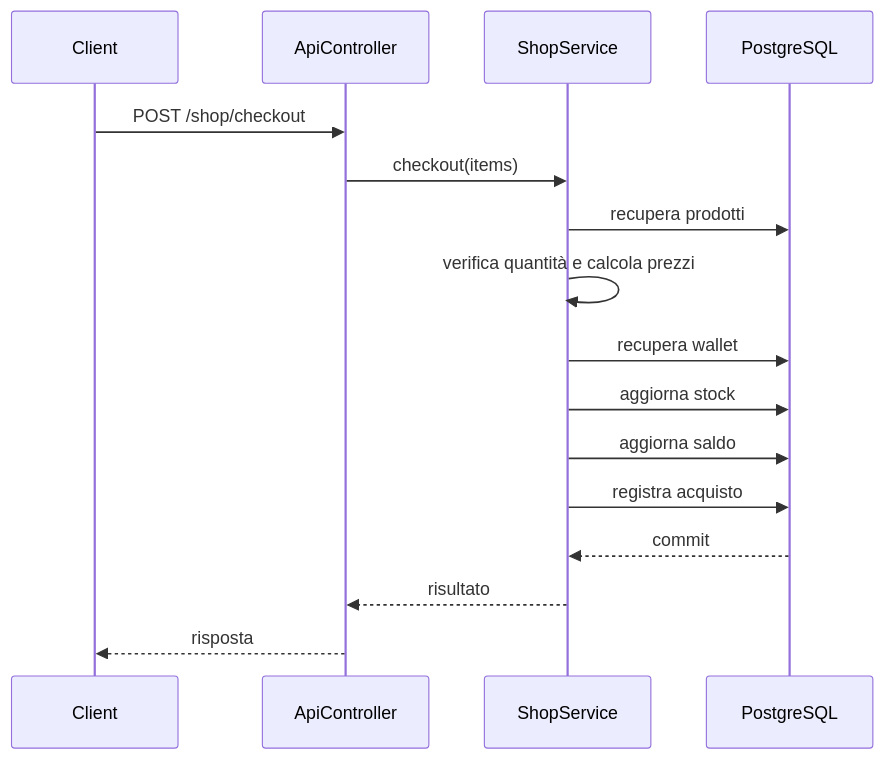
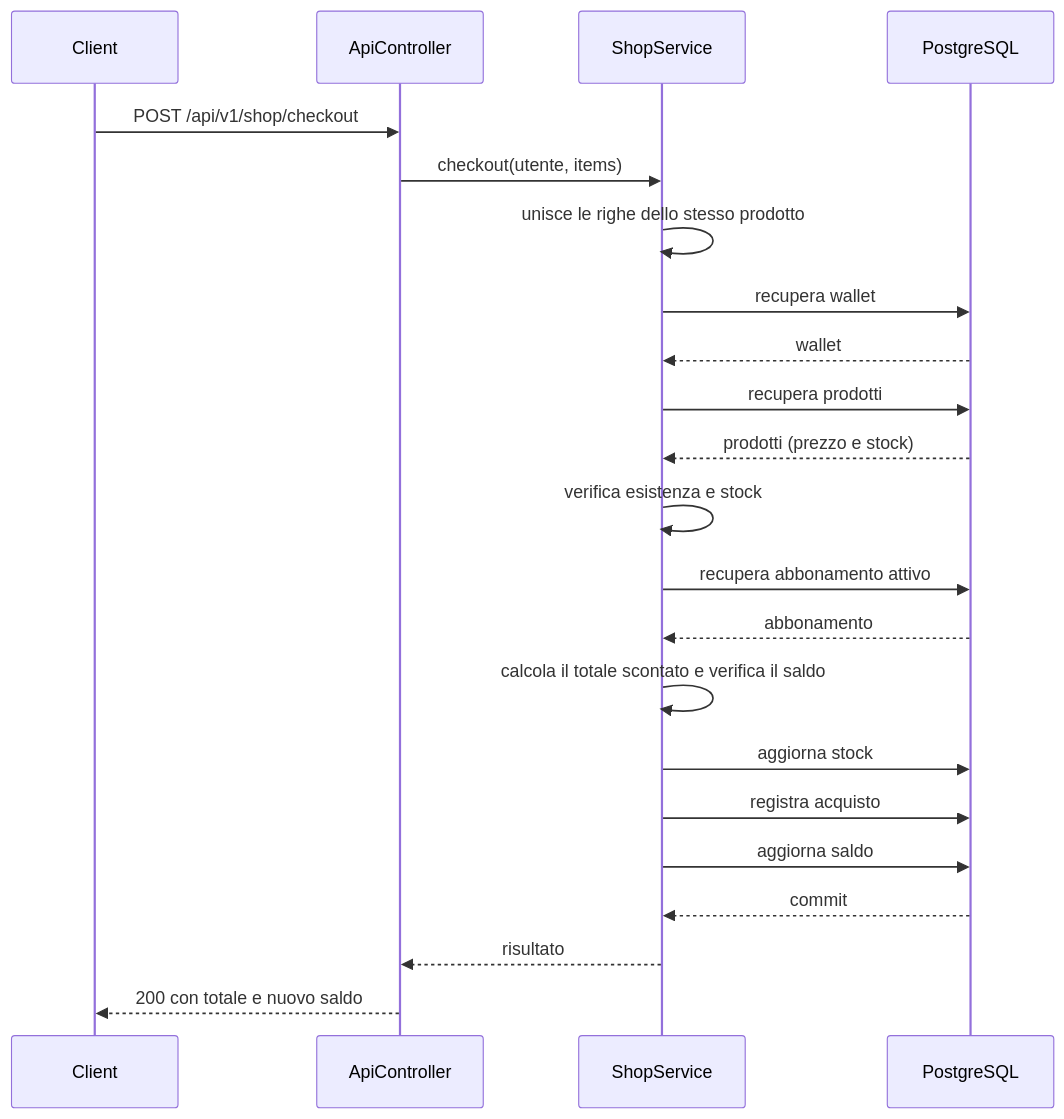
The fourth of 4 diagrams in README.md (giorgiapenn/ArteVia), drawn with Mermaid before and after one commit. The commit also changed other lines of this file, not shown here.

Commit message:
Docs: indice numerato, variabili d'ambiente, keystore, diagrammi e glossario di sicurezza

````diff
--- a/README.md
+++ b/README.md
@@ -488,19 +505,25 @@
 ```mermaid
 sequenceDiagram
     participant U as Client
     participant API as ApiController
     participant S as ShopService
     participant DB as PostgreSQL
 
-    U->>API: POST /shop/checkout
-    API->>S: checkout(items)
+    U->>API: POST /api/v1/shop/checkout
+    API->>S: checkout(utente, items)
+    S->>S: unisce le righe dello stesso prodotto
+    S->>DB: recupera wallet
+    DB-->>S: wallet
     S->>DB: recupera prodotti
-    S->>S: verifica quantità e calcola prezzi
-    S->>DB: recupera wallet
+    DB-->>S: prodotti (prezzo e stock)
+    S->>S: verifica esistenza e stock
+    S->>DB: recupera abbonamento attivo
+    DB-->>S: abbonamento
+    S->>S: calcola il totale scontato e verifica il saldo
     S->>DB: aggiorna stock
+    S->>DB: registra acquisto
     S->>DB: aggiorna saldo
-    S->>DB: registra acquisto
     DB-->>S: commit
     S-->>API: risultato
-    API-->>U: risposta
+    API-->>U: 200 con totale e nuovo saldo
 ```
````
